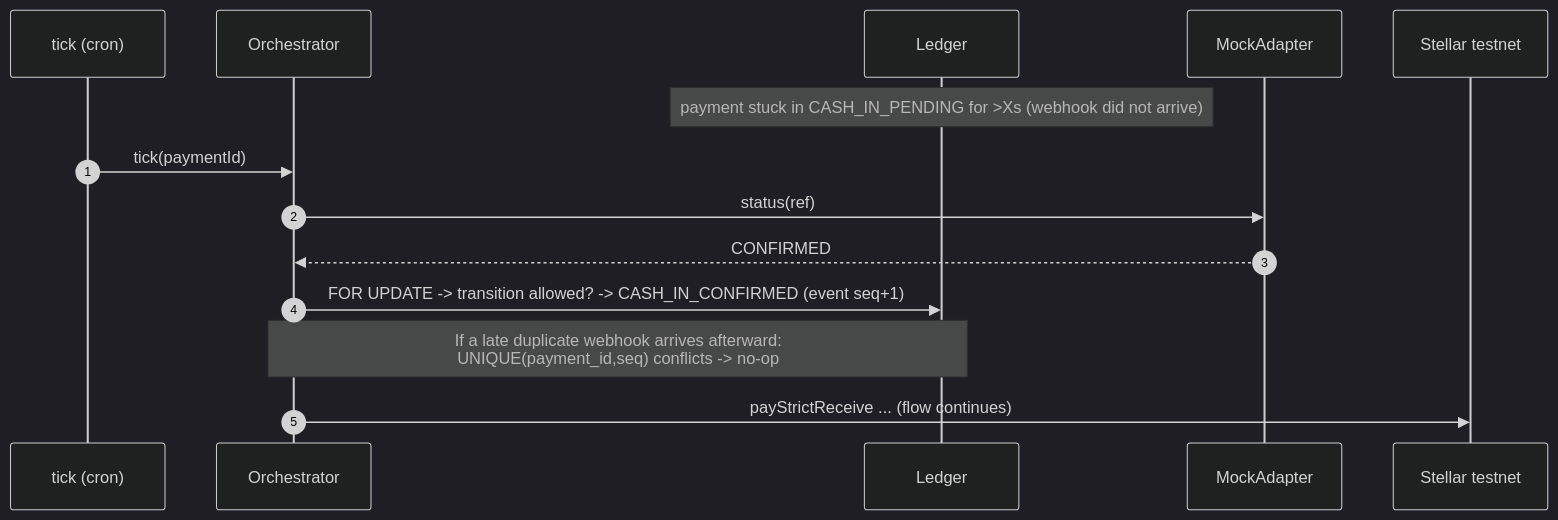
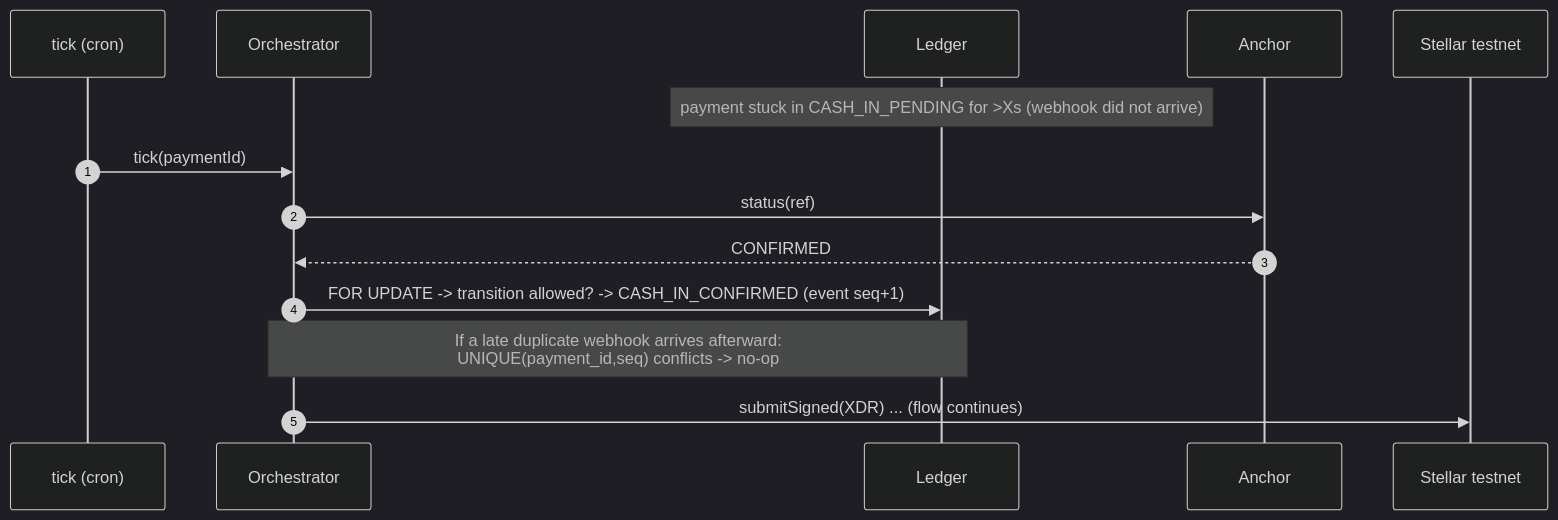
Before and after one commit to yigitcangokmen/corramoney: the fourth of 5 diagrams in docs/flows.md, drawn with Mermaid (dark theme). The commit also changed other lines of this file and 4 other files, not shown here.

First line of the commit message:
docs: rewrite around the non-custodial architecture

````diff
--- a/docs/flows.md
+++ b/docs/flows.md
@@ -85,17 +88,17 @@
 ```mermaid
 sequenceDiagram
     autonumber
     participant T as tick (cron)
     participant O as Orchestrator
     participant L as Ledger
-    participant A as MockAdapter
+    participant A as Anchor
     participant X as Stellar testnet
 
     Note over L: payment stuck in CASH_IN_PENDING for >Xs (webhook did not arrive)
     T->>O: tick(paymentId)
     O->>A: status(ref)
     A-->>O: CONFIRMED
     O->>L: FOR UPDATE -> transition allowed? -> CASH_IN_CONFIRMED (event seq+1)
     Note over O,L: If a late duplicate webhook arrives afterward:<br/>UNIQUE(payment_id,seq) conflicts -> no-op
-    O->>X: payStrictReceive ... (flow continues)
+    O->>X: submitSigned(XDR) ... (flow continues)
 ```
````
